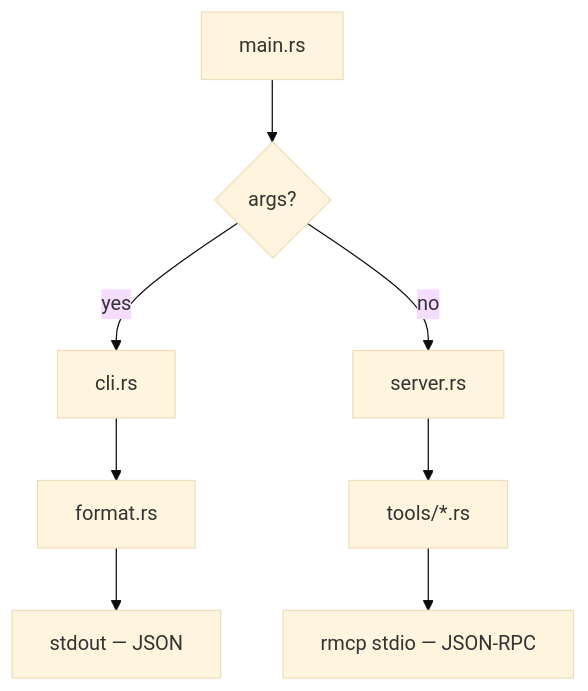
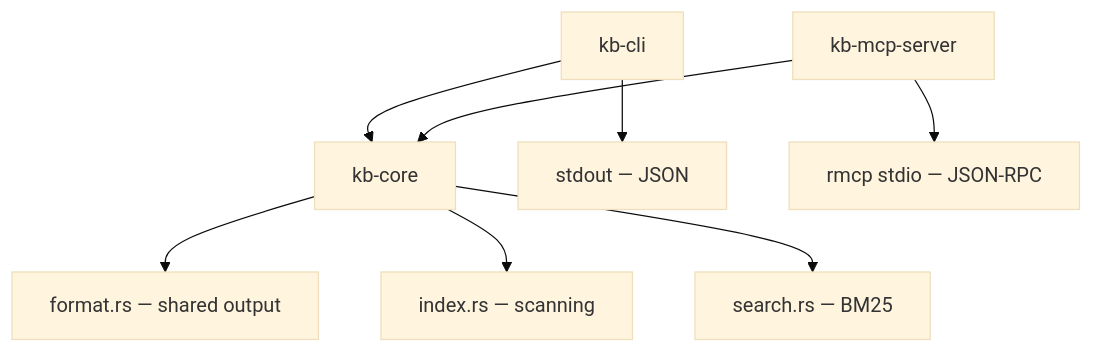
One commit to ttdonovan/kb-mcp changed the first of 6 diagrams in docs/ARCHITECTURE.md. Above: the diagram before and after it, drawn with Mermaid (base theme). The commit also changed other lines of this file and 40 other files, not shown here.

First line of the commit message:
refactor: split into cargo workspace (kb-core, kb-cli, kb-mcp-server)

````diff
--- a/docs/ARCHITECTURE.md
+++ b/docs/ARCHITECTURE.md
@@ -13,10 +14,10 @@
 ```mermaid
 flowchart TD
-    M[main.rs] --> D{args?}
-    D -->|yes| CLI[cli.rs]
-    CLI --> FMT[format.rs]
-    FMT --> OUT[stdout — JSON]
-    D -->|no| SRV[server.rs]
-    SRV --> TOOLS[tools/*.rs]
-    TOOLS --> MCP[rmcp stdio — JSON-RPC]
+    CLI[kb-cli] --> CORE[kb-core]
+    SRV[kb-mcp-server] --> CORE
+    CORE --> FMT[format.rs — shared output]
+    CORE --> IDX[index.rs — scanning]
+    CORE --> SE[search.rs — BM25]
+    CLI --> OUT[stdout — JSON]
+    SRV --> MCP[rmcp stdio — JSON-RPC]
 ```
````
